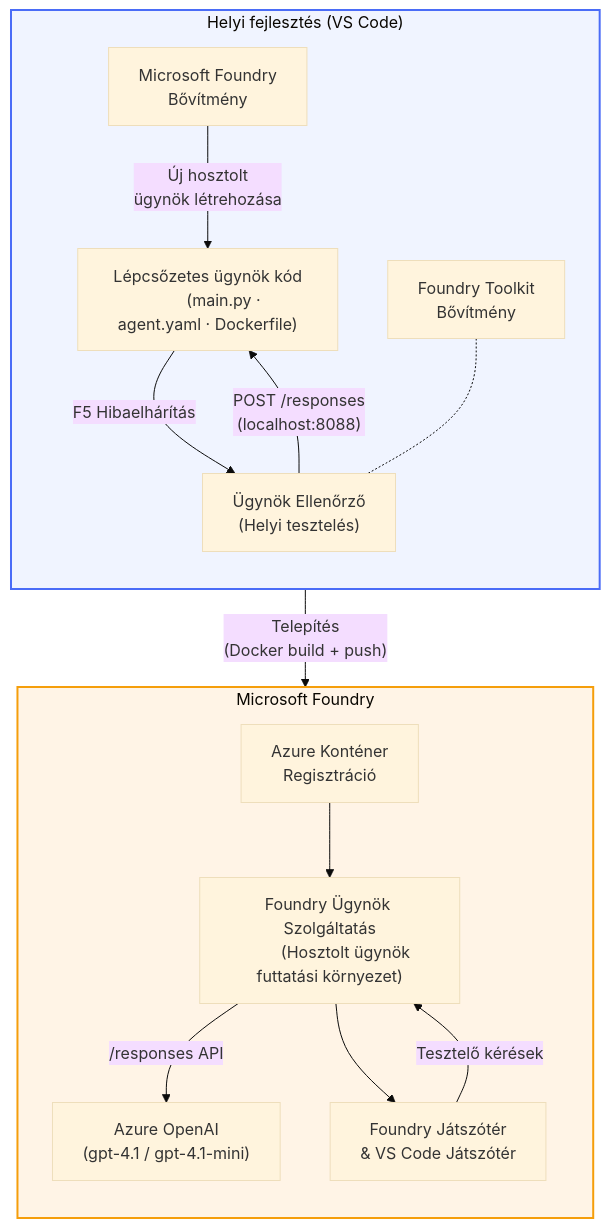
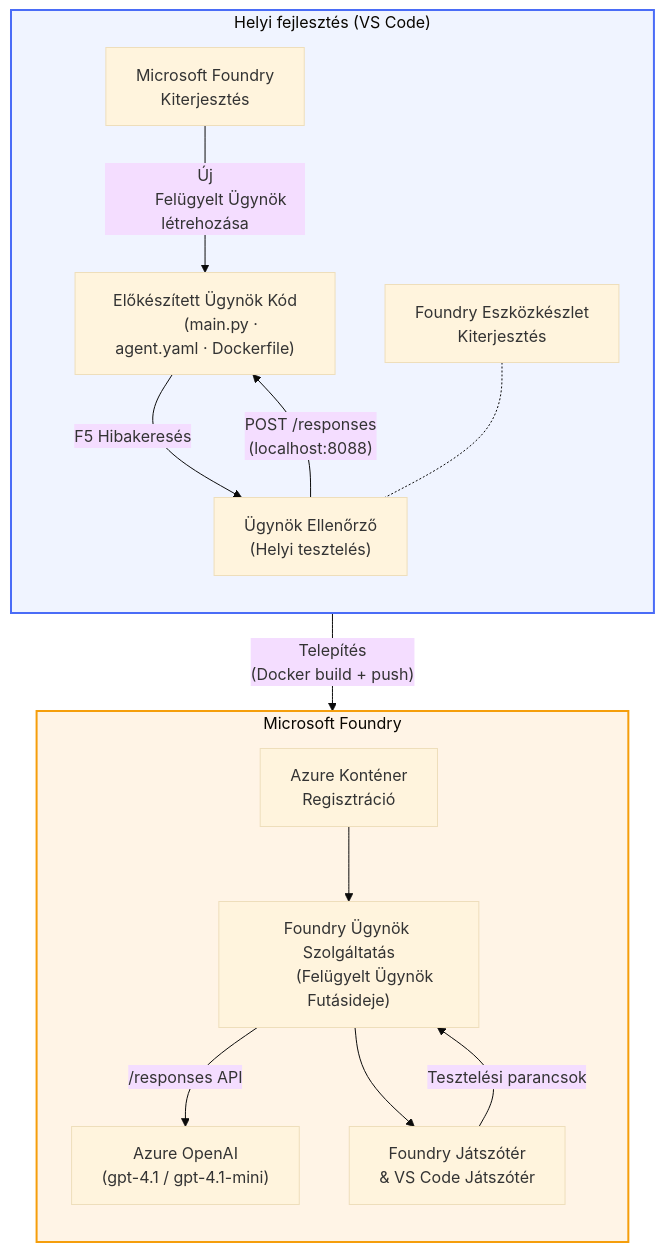
The diagram in translations/hu/README.md (microsoft-foundry/Foundry_Toolkit_for_VSCode_Lab), drawn with Mermaid (base theme) before and after one commit. The commit also changed other lines of this file and 110 other files, not shown here.

````diff
--- a/translations/hu/README.md
+++ b/translations/hu/README.md
@@ -48,42 +52,42 @@
 ```mermaid
 flowchart TB
     subgraph Local["Helyi fejlesztés (VS Code)"]
         direction TB
         FE["Microsoft Foundry
-        Bővítmény"]
-        FoundryToolkit["Foundry Toolkit
-        Bővítmény"]
-        Scaffold["Lépcsőzetes ügynök kód
+        Kiterjesztés"]
+        FoundryToolkit["Foundry Eszközkészlet
+        Kiterjesztés"]
+        Scaffold["Előkészített Ügynök Kód
         (main.py · agent.yaml · Dockerfile)"]
         Inspector["Ügynök Ellenőrző
         (Helyi tesztelés)"]
-        FE -- "Új hosztolt
-        ügynök létrehozása" --> Scaffold
-        Scaffold -- "F5 Hibaelhárítás" --> Inspector
+        FE -- "Új
+        Felügyelt Ügynök létrehozása" --> Scaffold
+        Scaffold -- "F5 Hibakeresés" --> Inspector
         FoundryToolkit -.- Inspector
     end
 
     subgraph Cloud["Microsoft Foundry"]
         direction TB
         ACR["Azure Konténer
         Regisztráció"]
         AgentService["Foundry Ügynök Szolgáltatás
-        (Hosztolt ügynök futtatási környezet)"]
+        (Felügyelt Ügynök Futásideje)"]
         Model["Azure OpenAI
         (gpt-4.1 / gpt-4.1-mini)"]
         Playground["Foundry Játszótér
         & VS Code Játszótér"]
         ACR --> AgentService
         AgentService -- "/responses API" --> Model
         AgentService --> Playground
     end
 
     Scaffold -- "Telepítés
     (Docker build + push)" --> ACR
     Inspector -- "POST /responses
     (localhost:8088)" --> Scaffold
-    Playground -- "Tesztelő kérések" --> AgentService
+    Playground -- "Tesztelési parancsok" --> AgentService
 
     style Local fill:#f0f4ff,stroke:#4a6cf7,stroke-width:2px
     style Cloud fill:#fff4e6,stroke:#f59e0b,stroke-width:2px
 ```
````
